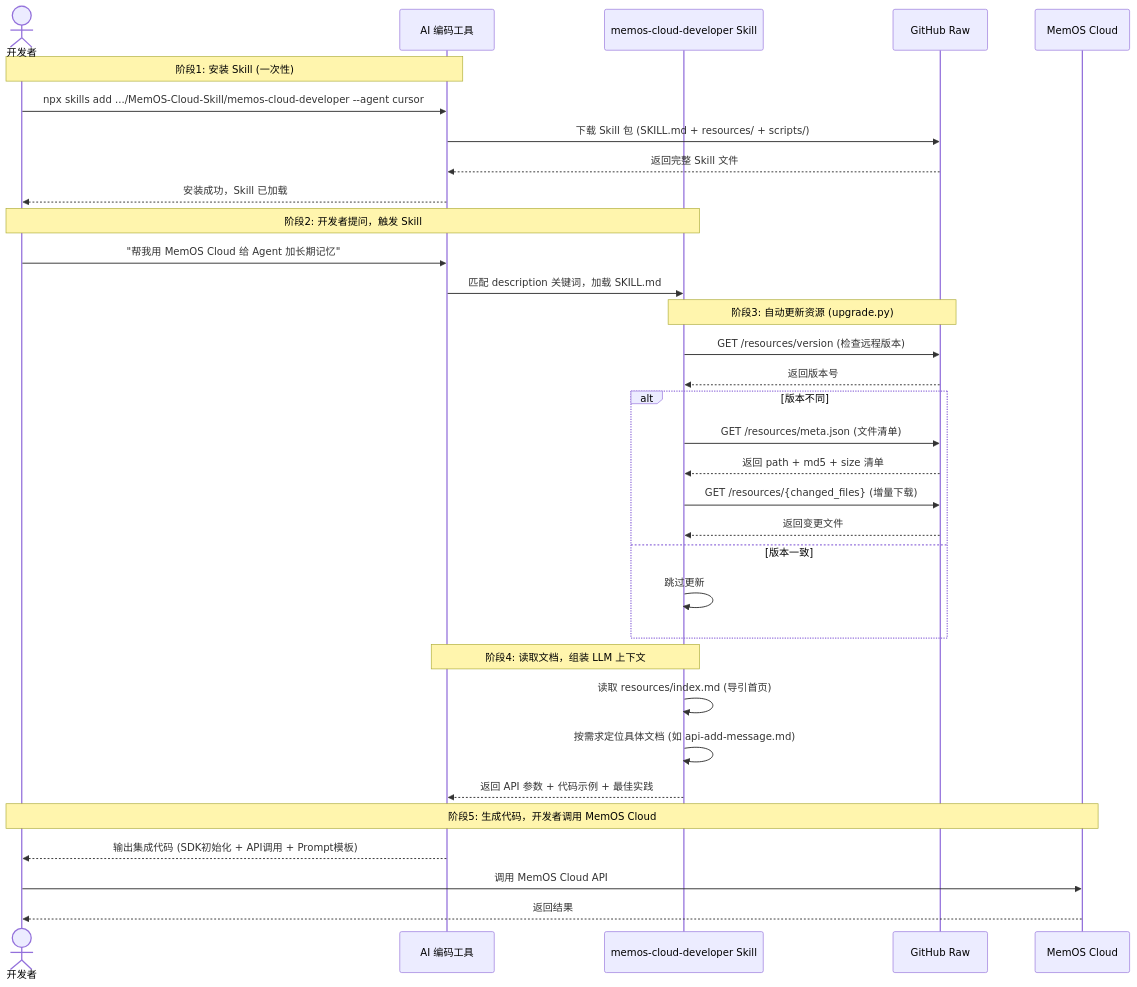
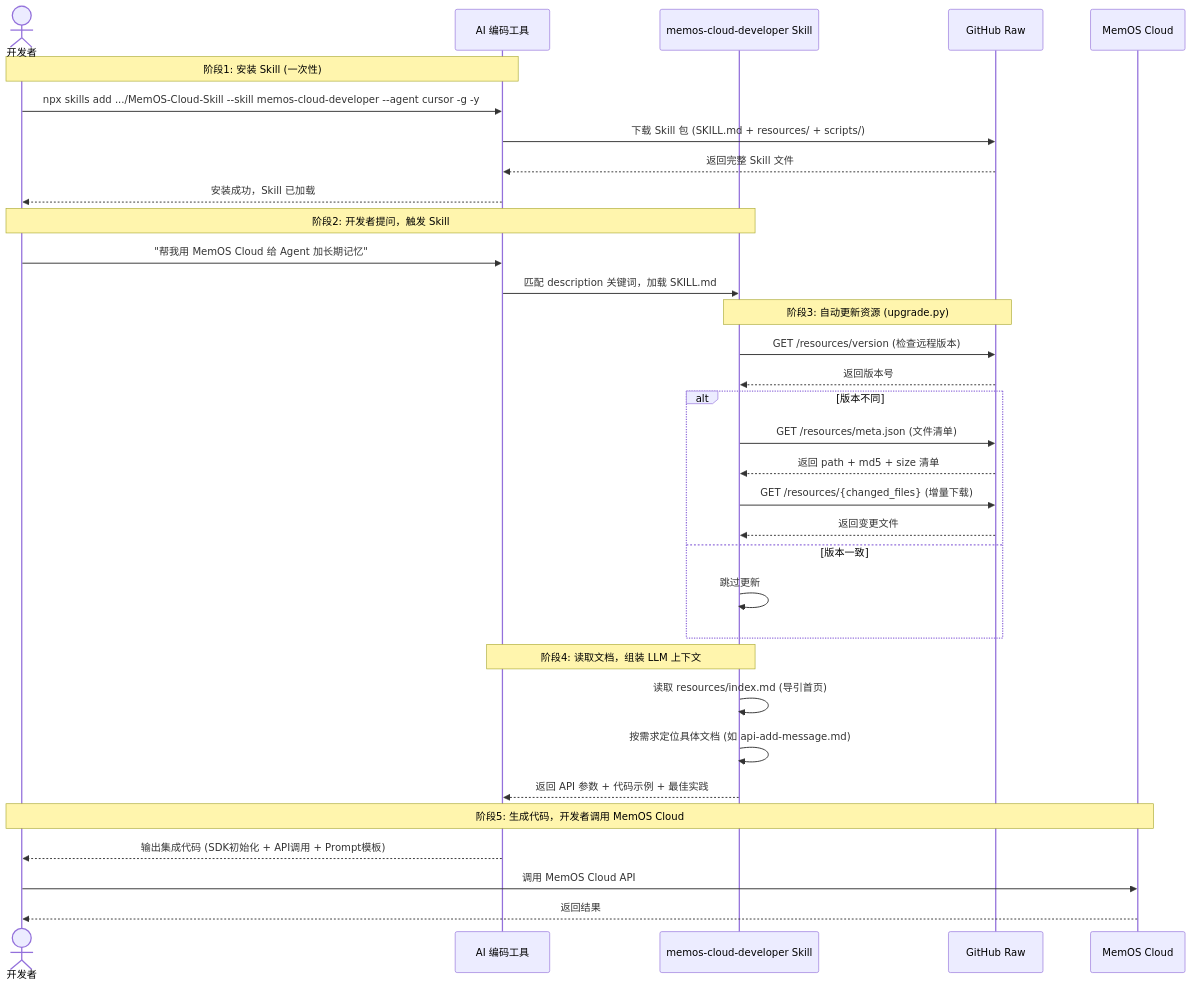
The diagram in memos-cloud-developer/README.md (MemTensor/MemOS-Cloud-Skill), drawn with Mermaid before and after one commit. The commit also changed other lines of this file and 4 other files, not shown here.

First line of the commit message:
refactor: streamline SKILL.md and switch to MemTensor URLs

````diff
--- a/memos-cloud-developer/README.md
+++ b/memos-cloud-developer/README.md
@@ -117,45 +123,45 @@
 ```mermaid
 sequenceDiagram
     actor Dev as 开发者
     participant Tool as AI 编码工具
     participant Skill as memos-cloud-developer Skill
     participant GitHub as GitHub Raw
     participant MemOS as MemOS Cloud
 
     Note over Dev,Tool: 阶段1: 安装 Skill (一次性)
 
-    Dev->>Tool: npx skills add .../MemOS-Cloud-Skill/memos-cloud-developer --agent cursor
+    Dev->>Tool: npx skills add .../MemOS-Cloud-Skill --skill memos-cloud-developer --agent cursor -g -y
     Tool->>GitHub: 下载 Skill 包 (SKILL.md + resources/ + scripts/)
     GitHub-->>Tool: 返回完整 Skill 文件
     Tool-->>Dev: 安装成功，Skill 已加载
 
     Note over Dev,Skill: 阶段2: 开发者提问，触发 Skill
 
     Dev->>Tool: "帮我用 MemOS Cloud 给 Agent 加长期记忆"
     Tool->>Skill: 匹配 description 关键词，加载 SKILL.md
 
     Note over Skill,GitHub: 阶段3: 自动更新资源 (upgrade.py)
 
     Skill->>GitHub: GET /resources/version (检查远程版本)
     GitHub-->>Skill: 返回版本号
     alt 版本不同
         Skill->>GitHub: GET /resources/meta.json (文件清单)
         GitHub-->>Skill: 返回 path + md5 + size 清单
         Skill->>GitHub: GET /resources/{changed_files} (增量下载)
         GitHub-->>Skill: 返回变更文件
     else 版本一致
         Skill->>Skill: 跳过更新
     end
 
     Note over Tool,Skill: 阶段4: 读取文档，组装 LLM 上下文
 
     Skill->>Skill: 读取 resources/index.md (导引首页)
     Skill->>Skill: 按需求定位具体文档 (如 api-add-message.md)
     Skill-->>Tool: 返回 API 参数 + 代码示例 + 最佳实践
 
     Note over Dev,MemOS: 阶段5: 生成代码，开发者调用 MemOS Cloud
 
     Tool-->>Dev: 输出集成代码 (SDK初始化 + API调用 + Prompt模板)
     Dev->>MemOS: 调用 MemOS Cloud API
     MemOS-->>Dev: 返回结果
 ```
````
